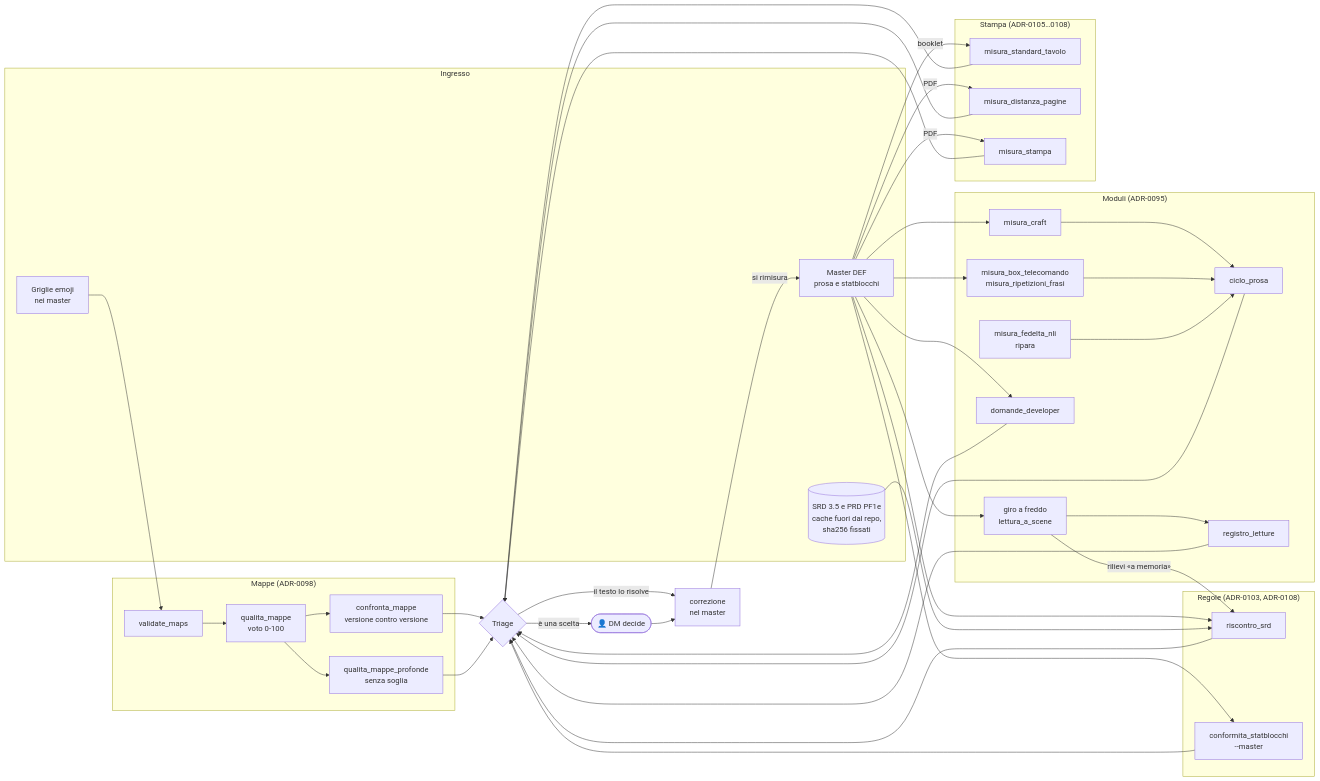
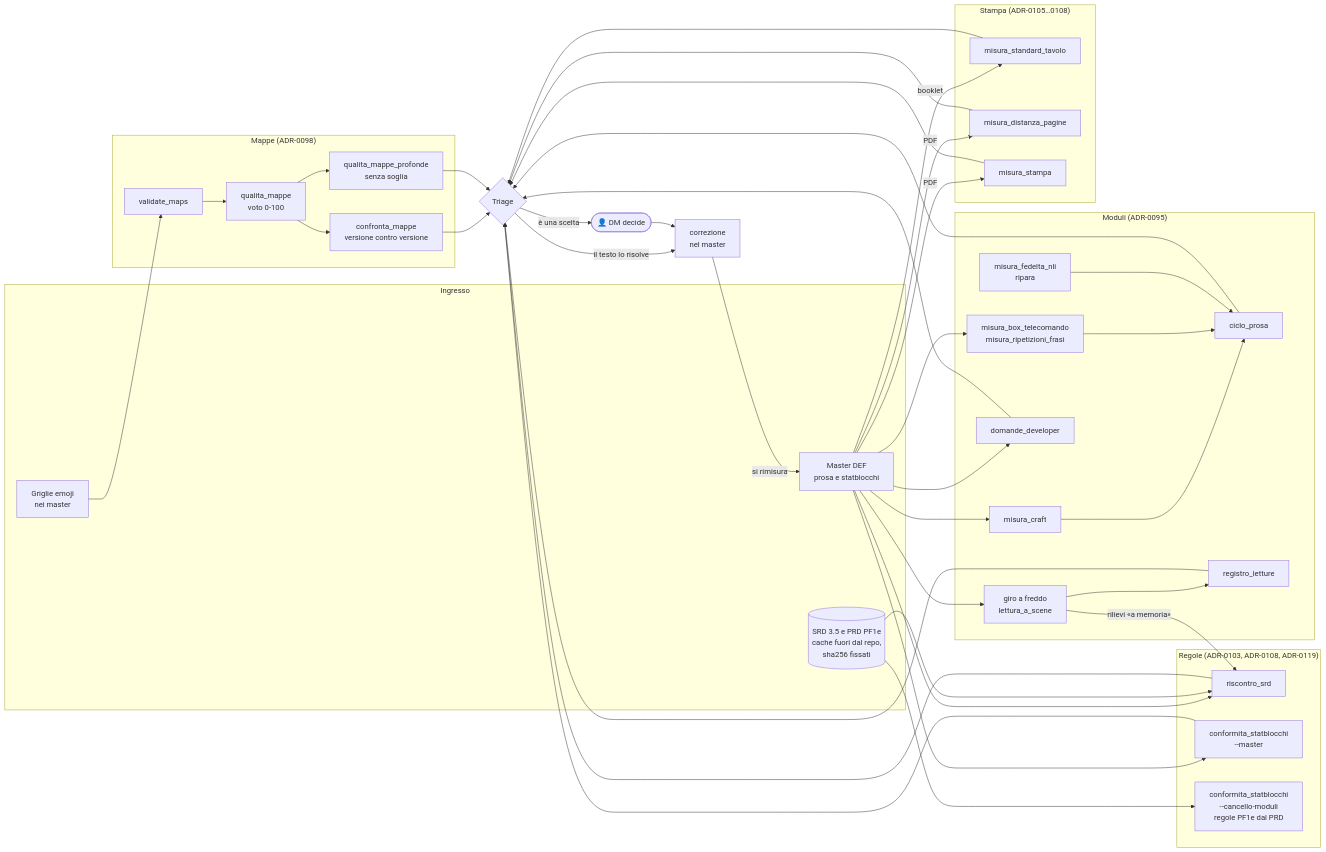
One commit to gsamuele78/RumblingStone changed diagram 25 of 26 in docs/ARCHITETTURA.md. Above: the diagram before and after it, drawn with Mermaid. The commit also changed other lines of this file and 18 other files, not shown here.

First line of the commit message:
Regole PF1e del cancello delle schede dal PRD (ADR-0119)

````diff
--- a/docs/ARCHITETTURA.md
+++ b/docs/ARCHITETTURA.md
@@ -999,46 +1000,48 @@
 ```mermaid
 flowchart LR
     subgraph IN["Ingresso"]
         MAP["Griglie emoji<br/>nei master"]
         TXT["Master DEF<br/>prosa e statblocchi"]
         FONTI[("SRD 3.5 e PRD PF1e<br/>cache fuori dal repo,<br/>sha256 fissati")]
     end
     subgraph MAPPE["Mappe (ADR-0098)"]
         VM["validate_maps"] --> QM["qualita_mappe<br/>voto 0-100"]
         QM --> QP["qualita_mappe_profonde<br/>senza soglia"]
         QM --> CM["confronta_mappe<br/>versione contro versione"]
     end
     subgraph MODULI["Moduli (ADR-0095)"]
         MC["misura_craft"] --> CP["ciclo_prosa"]
         BT["misura_box_telecomando<br/>misura_ripetizioni_frasi"] --> CP
         FN["misura_fedelta_nli<br/>ripara"] --> CP
         DD["domande_developer"]
         GF["giro a freddo<br/>lettura_a_scene"] --> RL["registro_letture"]
     end
-    subgraph REGOLE["Regole (ADR-0103, ADR-0108)"]
+    subgraph REGOLE["Regole (ADR-0103, ADR-0108, ADR-0119)"]
         RS["riscontro_srd"]
         CS["conformita_statblocchi<br/>--master"]
+        CM2["conformita_statblocchi<br/>--cancello-moduli<br/>regole PF1e dal PRD"]
+        FONTI --> CM2
     end
     subgraph STAMPA["Stampa (ADR-0105…0108)"]
         ST["misura_standard_tavolo"]
         DP["misura_distanza_pagine"]
         MP["misura_stampa"]
     end
     MAP --> VM
     TXT --> MC
     TXT --> BT
     TXT --> DD
     TXT --> GF
     TXT --> RS
     TXT --> CS
     TXT -->|"booklet"| ST
     TXT -->|"PDF"| DP
     TXT -->|"PDF"| MP
     FONTI --> RS
     GF -->|"rilievi «a memoria»"| RS
     CM & QP & CP & DD & RL & RS & CS & ST & DP & MP --> TRI{"Triage"}
     TRI -->|"il testo lo risolve"| FIX["correzione<br/>nel master"]
     TRI -->|"è una scelta"| DM(["👤 DM decide"])
     DM --> FIX
     FIX -->|"si rimisura"| TXT
 ```
````
